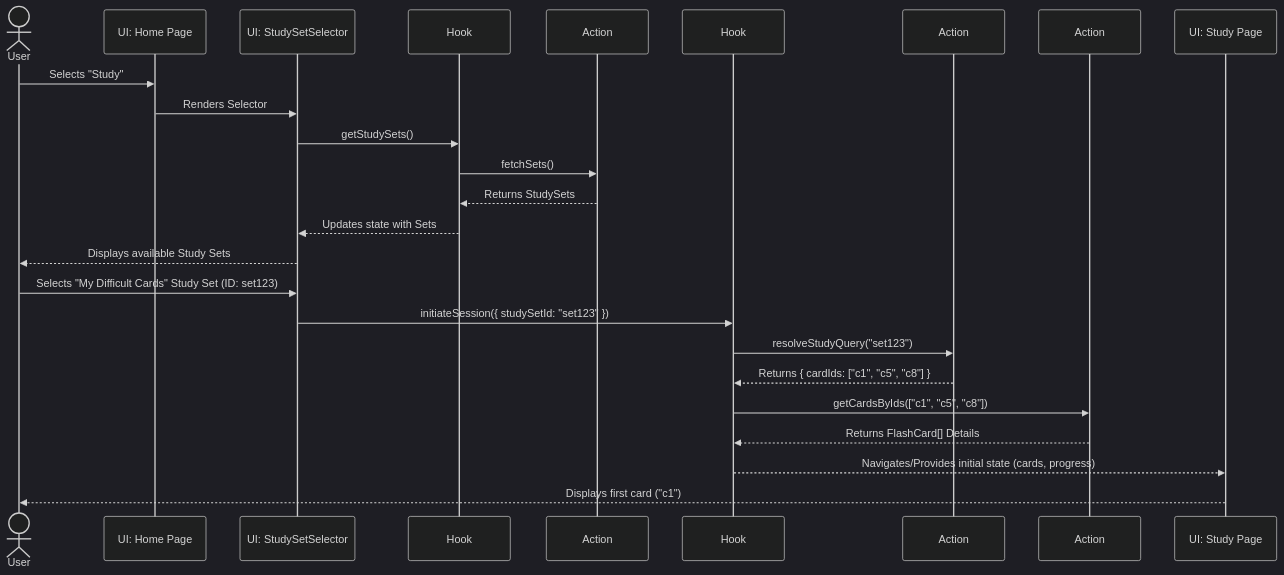
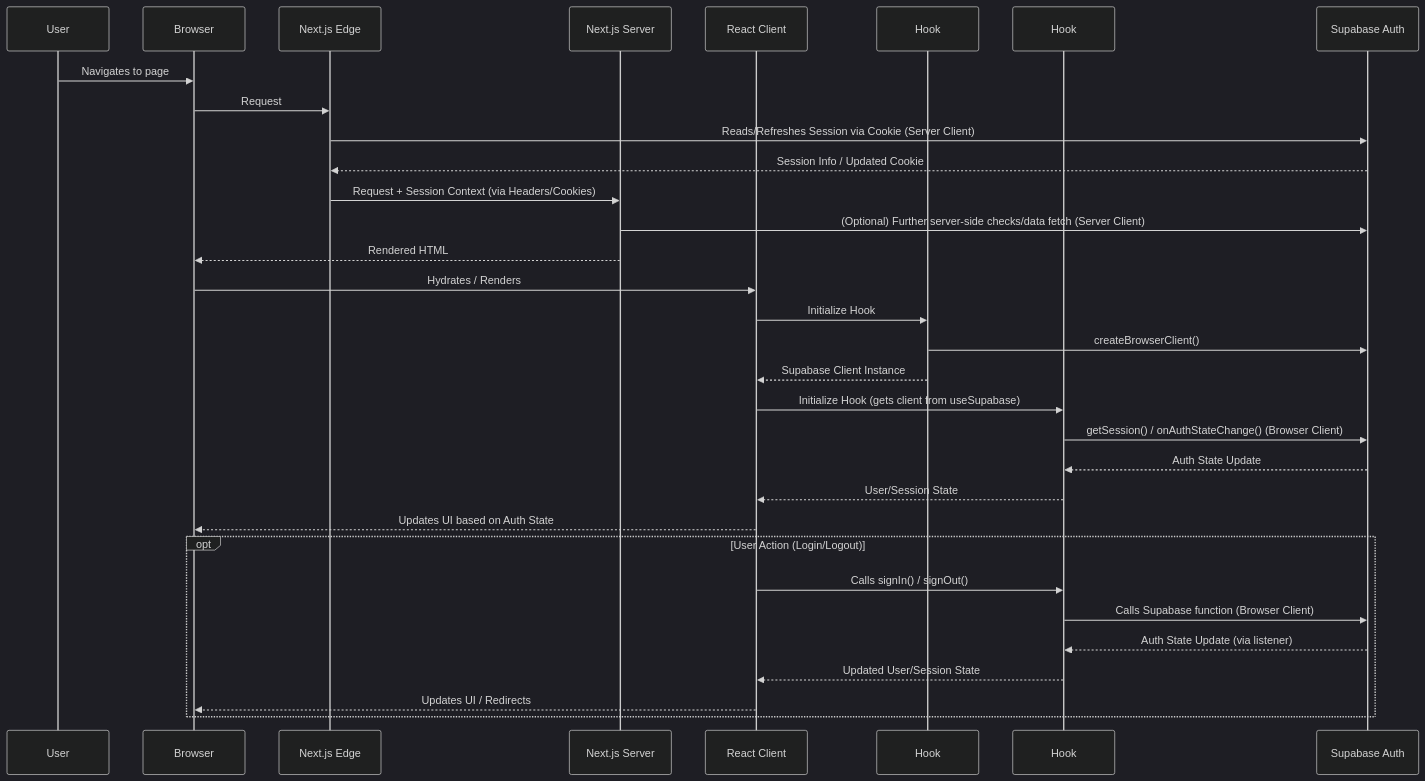
Before and after one commit to TH3ndr1/flashcards: the second of 4 diagrams in docs/architecture-study-sets.md, drawn with Mermaid (dark theme). The commit also changed other lines of this file, not shown here.

Commit message:
docs: Update study set architecture with latest changes

````diff
--- a/docs/architecture-study-sets.md
+++ b/docs/architecture-study-sets.md
@@ -304,28 +390,35 @@
-```mermaid
-sequenceDiagram
-    actor User
-    participant HomePage as UI: Home Page
-    participant Selector as UI: StudySetSelector
-    participant useStudySets as Hook
-    participant studySetActions as Action
-    participant useStudySession as Hook
-    participant studyQueryActions as Action
-    participant cardActions as Action
-    participant StudyPage as UI: Study Page
+   ```mermaid
+   sequenceDiagram
+       participant User
+       participant Browser
+       participant Middleware as Next.js Edge
+       participant ServerComponent as Next.js Server
+       participant ClientComponent as React Client
+       participant useSupabase as Hook
+       participant useAuth as Hook
+       participant SupabaseAuth as Supabase Auth
 
-    User ->> HomePage: Selects "Study"
-    HomePage ->> Selector: Renders Selector
-    Selector ->> useStudySets: getStudySets()
-    useStudySets ->> studySetActions: fetchSets()
-    studySetActions -->> useStudySets: Returns StudySets
-    useStudySets -->> Selector: Updates state with Sets
-    Selector -->> User: Displays available Study Sets
-    User ->> Selector: Selects "My Difficult Cards" Study Set (ID: set123)
-    Selector ->> useStudySession: initiateSession({ studySetId: "set123" })
-    useStudySession ->> studyQueryActions: resolveStudyQuery("set123")
-    studyQueryActions -->> useStudySession: Returns { cardIds: ["c1", "c5", "c8"] }
-    useStudySession ->> cardActions: getCardsByIds(["c1", "c5", "c8"])
-    cardActions -->> useStudySession: Returns FlashCard[] Details
-    useStudySession -->> StudyPage: Navigates/Provides initial state (cards, progress)
-    StudyPage -->> User: Displays first card ("c1")
-```
+       User->>Browser: Navigates to page
+       Browser->>Middleware: Request
+       Middleware->>SupabaseAuth: Reads/Refreshes Session via Cookie (Server Client)
+       SupabaseAuth-->>Middleware: Session Info / Updated Cookie
+       Middleware->>ServerComponent: Request + Session Context (via Headers/Cookies)
+       ServerComponent->>SupabaseAuth: (Optional) Further server-side checks/data fetch (Server Client)
+       ServerComponent-->>Browser: Rendered HTML
+       Browser->>ClientComponent: Hydrates / Renders
+       ClientComponent->>useSupabase: Initialize Hook
+       useSupabase->>SupabaseAuth: createBrowserClient()
+       useSupabase-->>ClientComponent: Supabase Client Instance
+       ClientComponent->>useAuth: Initialize Hook (gets client from useSupabase)
+       useAuth->>SupabaseAuth: getSession() / onAuthStateChange() (Browser Client)
+       SupabaseAuth-->>useAuth: Auth State Update
+       useAuth-->>ClientComponent: User/Session State
+       ClientComponent-->>Browser: Updates UI based on Auth State
+       opt User Action (Login/Logout)
+           ClientComponent->>useAuth: Calls signIn() / signOut()
+           useAuth->>SupabaseAuth: Calls Supabase function (Browser Client)
+           SupabaseAuth-->>useAuth: Auth State Update (via listener)
+           useAuth-->>ClientComponent: Updated User/Session State
+           ClientComponent-->>Browser: Updates UI / Redirects
+       end
+   ```
````
